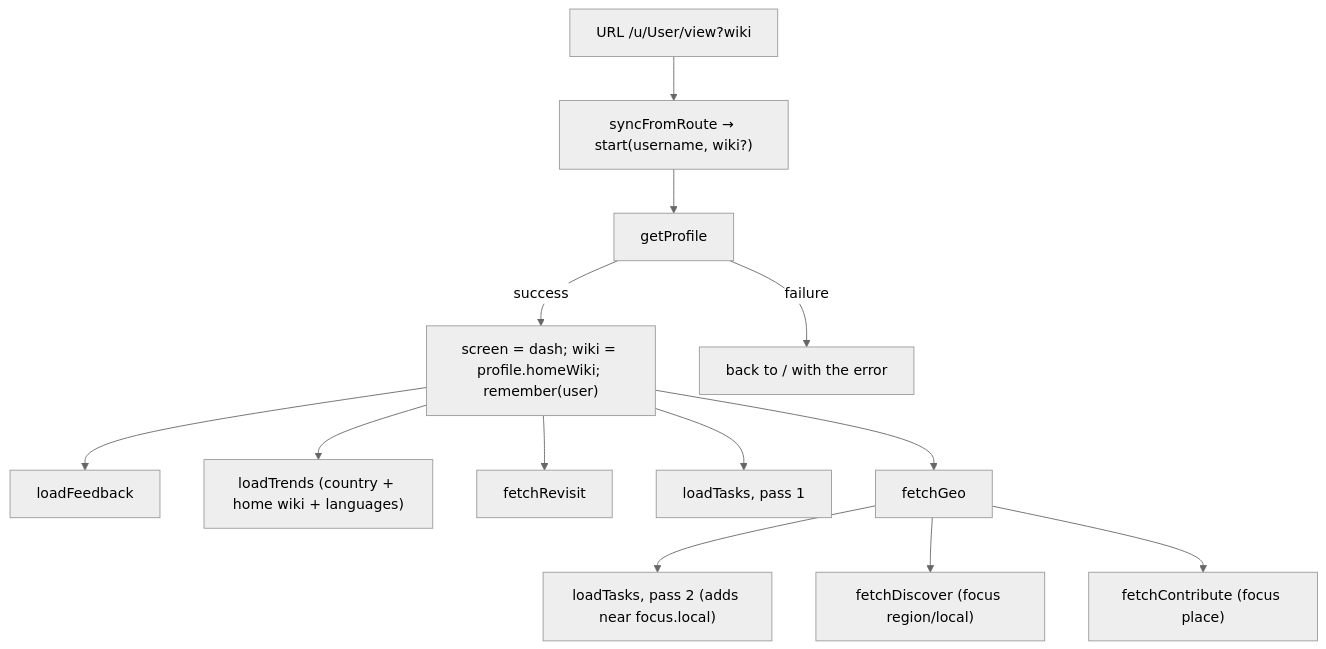
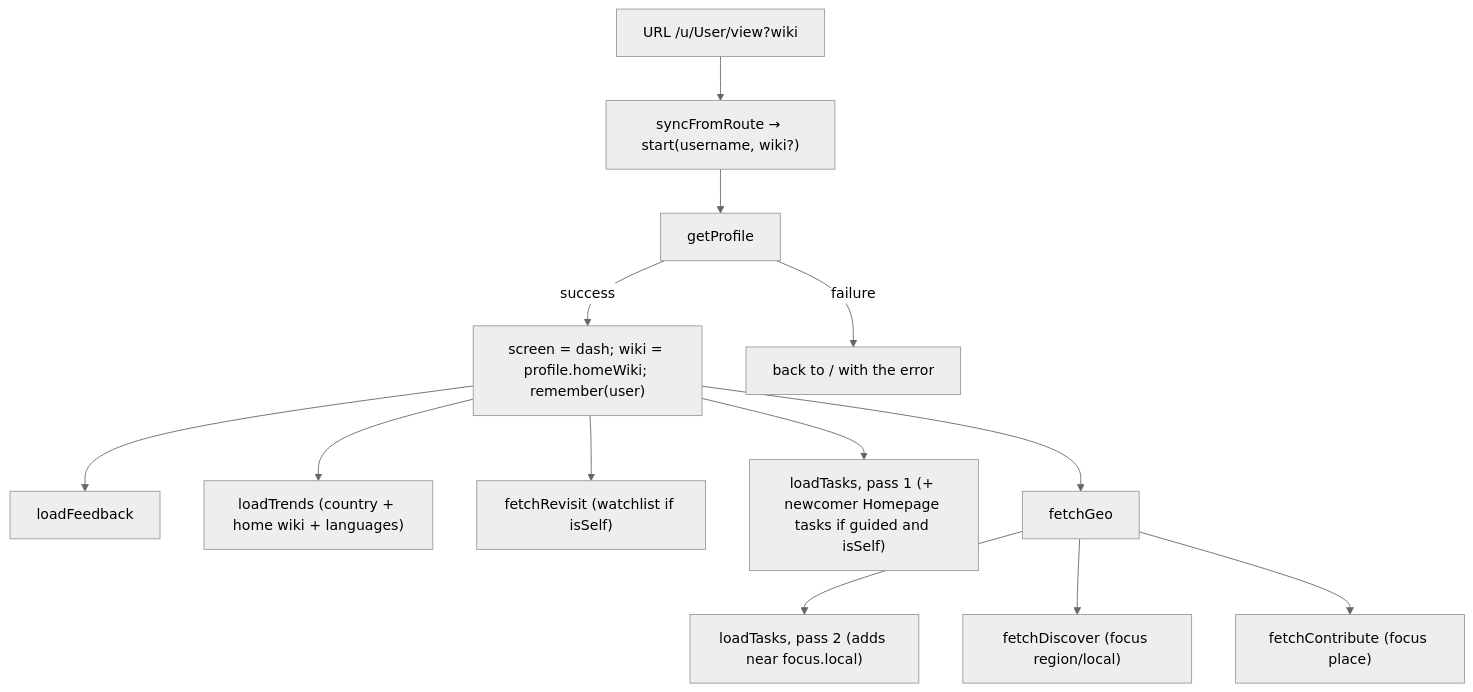
Before and after one commit to Wikimedians-of-Kerala-UG-Technical/Compass: the second of 2 diagrams in wiki/Frontend-State.md, drawn with Mermaid (neutral theme). The commit also changed other lines of this file and 38 other files, not shown here.

````diff
--- a/wiki/Frontend-State.md
+++ b/wiki/Frontend-State.md
@@ -73,15 +75,15 @@
 ```mermaid
 flowchart TB
     U["URL /u/User/view?wiki"] --> A["syncFromRoute → start(username, wiki?)"]
     A --> B["getProfile"]
     B -->|success| C["screen = dash; wiki = profile.homeWiki; remember(user)"]
     B -->|failure| Z["back to / with the error"]
     C --> E["loadFeedback"]
     C --> D["loadTrends (country + home wiki + languages)"]
-    C --> F["fetchRevisit"]
-    C --> G["loadTasks, pass 1"]
+    C --> F["fetchRevisit (watchlist if isSelf)"]
+    C --> G["loadTasks, pass 1 (+ newcomer Homepage tasks if guided and isSelf)"]
     C --> H["fetchGeo"]
     H --> I["loadTasks, pass 2 (adds near focus.local)"]
     H --> J["fetchDiscover (focus region/local)"]
     H --> K["fetchContribute (focus place)"]
 ```
````
